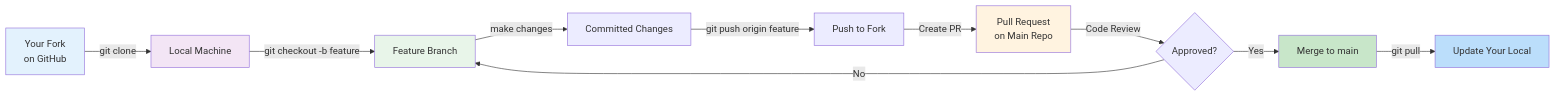
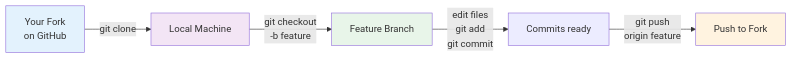
Before and after one commit to DQBM-CCCZ/intro_git_github: the first of 8 diagrams in slides/slide_module_4.qmd, drawn with Mermaid. The commit also changed other lines of this file and 2 other files, not shown here.

Commit message:
split workflow diagrams into 6 readable slides (2 each for PR, Issues, conflicts)

````diff
--- a/slides/slide_module_4.qmd
+++ b/slides/slide_module_4.qmd
@@ -168,19 +168,12 @@
 ```{mermaid}
 graph LR
     A["Your Fork<br/>on GitHub"] -->|git clone| B["Local Machine"]
-    B -->|git checkout -b feature| C["Feature Branch"]
-    C -->|make changes| D["Committed Changes"]
-    D -->|git push origin feature| E["Push to Fork"]
-    E -->|Create PR| F["Pull Request<br/>on Main Repo"]
-    F -->|Code Review| G{"Approved?"}
-    G -->|Yes| H["Merge to main"]
-    G -->|No| C
-    H -->|git pull| I["Update Your Local"]
+    B -->|git checkout<br/>-b feature| C["Feature Branch"]
+    C -->|edit files<br/>git add<br/>git commit| D["Commits ready"]
+    D -->|git push<br/>origin feature| E["Push to Fork"]
     
     style A fill:#e3f2fd
     style B fill:#f3e5f5
     style C fill:#e8f5e9
-    style F fill:#fff3e0
-    style H fill:#c8e6c9
-    style I fill:#bbdefb
+    style E fill:#fff3e0
 ```
````
